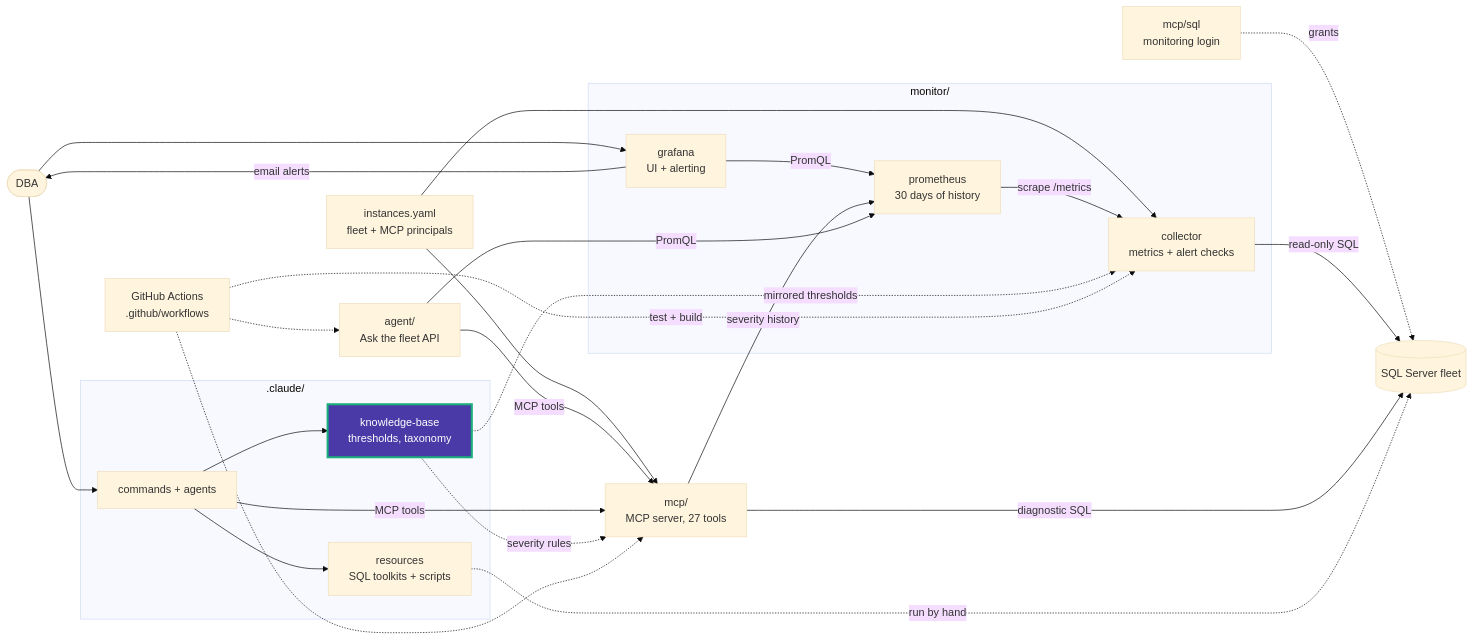
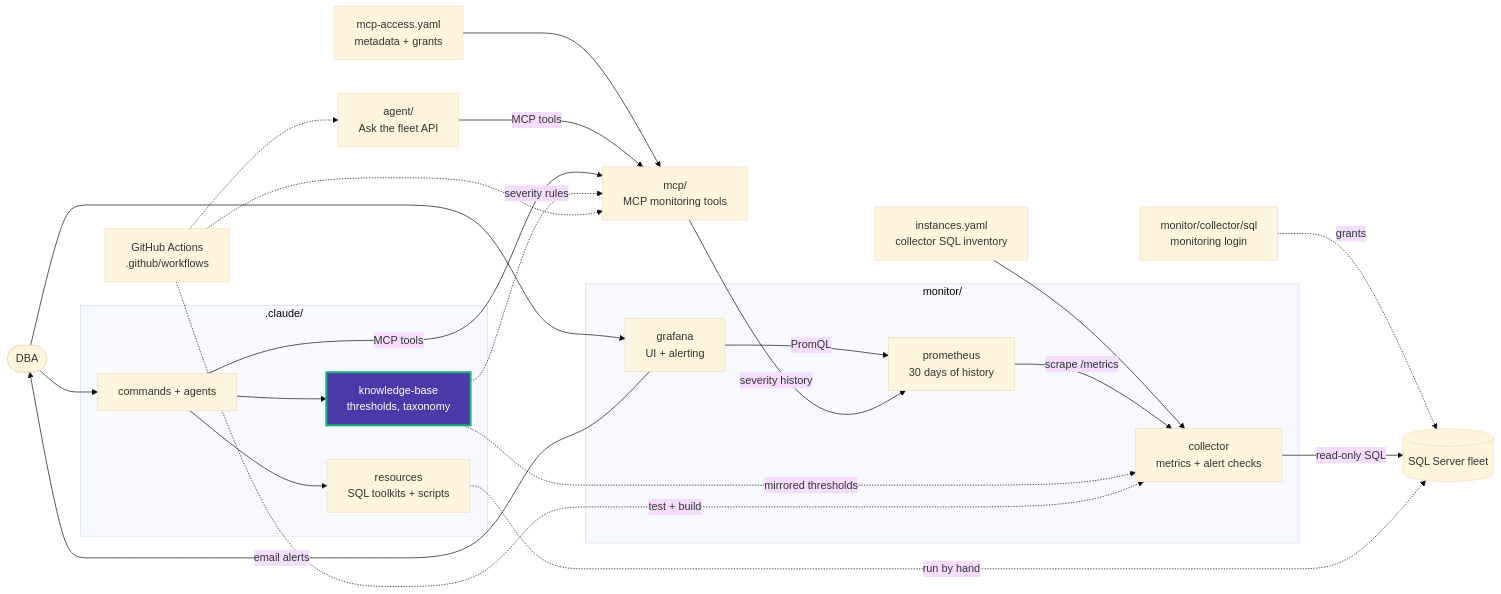
Before and after one commit to lorenzouriel/data-eyes: the diagram in .claude/knowledge-base/README.md, drawn with Mermaid (base theme). The commit also changed other lines of this file and 128 other files, not shown here.

First line of the commit message:
feat: centralize monitoring through collector and embed agent in Grafana

````diff
--- a/.claude/knowledge-base/README.md
+++ b/.claude/knowledge-base/README.md
@@ -28,45 +28,43 @@
 ```mermaid
 flowchart LR
   dba(["DBA"])
   fleet[("SQL Server fleet")]
-  inst["instances.yaml<br/>fleet + MCP principals"]
-  login["mcp/sql<br/>monitoring login"]
+  inst["instances.yaml<br/>collector SQL inventory"]
+  login["monitor/collector/sql<br/>monitoring login"]
   subgraph monitor["monitor/"]
     col["collector<br/>metrics + alert checks"]
     prom["prometheus<br/>30 days of history"]
     graf["grafana<br/>UI + alerting"]
   end
-  mcp["mcp/<br/>MCP server, 27 tools"]
+  mcp["mcp/<br/>MCP monitoring tools"]
   agent["agent/<br/>Ask the fleet API"]
   subgraph claude[".claude/"]
     cmd["commands + agents"]
     kb["knowledge-base<br/>thresholds, taxonomy"]
     res["resources<br/>SQL toolkits + scripts"]
   end
   ci["GitHub Actions<br/>.github/workflows"]
 
   login -. "grants" .-> fleet
   inst --> col
-  inst --> mcp
+  access["mcp-access.yaml<br/>metadata + grants"] --> mcp
   col -- "read-only SQL" --> fleet
   prom -- "scrape /metrics" --> col
   graf -- "PromQL" --> prom
   graf -- "email alerts" --> dba
   dba --> graf
-  mcp -- "diagnostic SQL" --> fleet
   mcp -- "severity history" --> prom
-  agent -- "PromQL" --> prom
   agent -- "MCP tools" --> mcp
   dba --> cmd
   cmd -- "MCP tools" --> mcp
   cmd --> kb
   cmd --> res
   kb -. "mirrored thresholds" .-> col
   kb -. "severity rules" .-> mcp
   res -. "run by hand" .-> fleet
   ci -. "test + build" .-> col
   ci -.-> mcp
   ci -.-> agent
   classDef here fill:#4a3aa7,stroke:#1baf7a,stroke-width:3px,color:#ffffff
   class kb here
 ```
````
